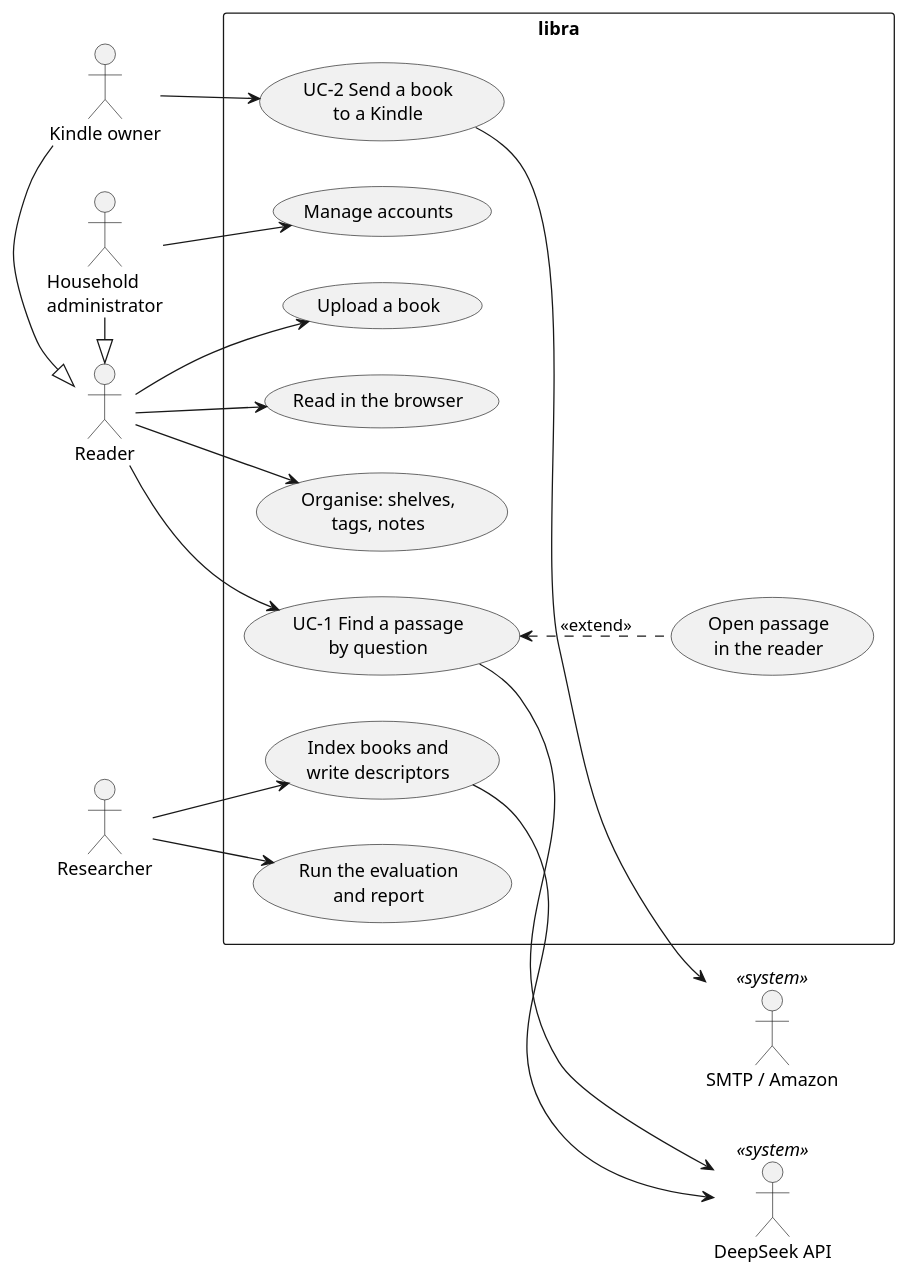
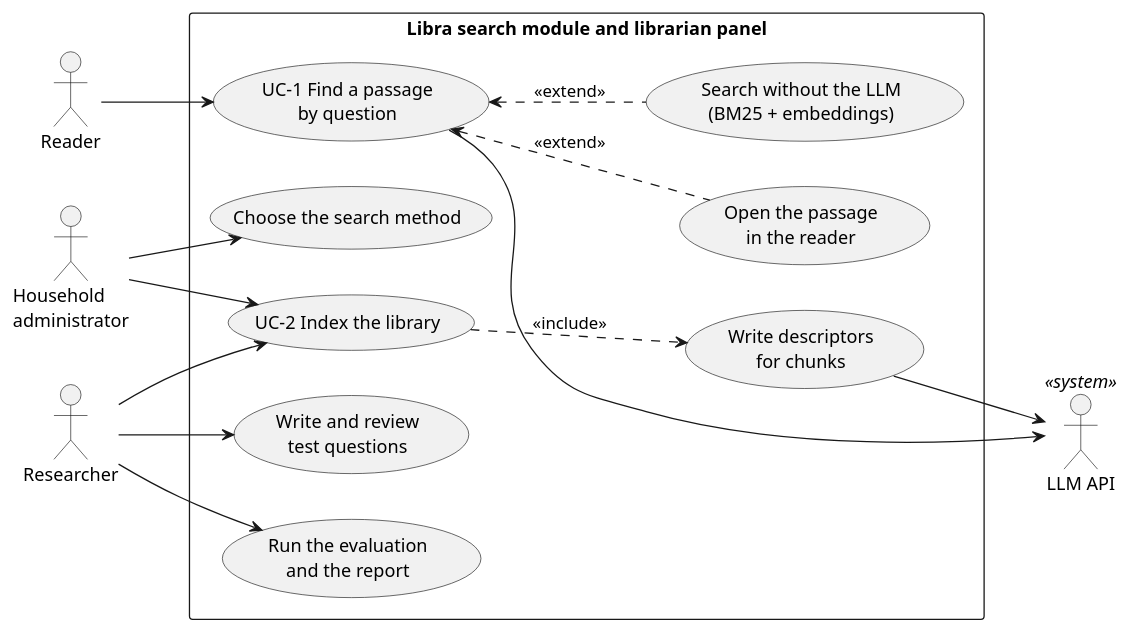
The diagram in docs/ba/diagrams/use-cases.puml (eugene-chekan/libra), drawn with PlantUML before and after one commit. The commit also changed 4 other files, not shown here.

```diff
--- a/docs/ba/diagrams/use-cases.puml
+++ b/docs/ba/diagrams/use-cases.puml
@@ -1,41 +1,34 @@
 @startuml use-cases
-' Use case diagram. Save the render as use-cases.png here.
+' Use case diagram of the new search module. Save the render as use-cases.png here.
 left to right direction
 skinparam shadowing false
 skinparam defaultFontName Arial
 
 actor Reader
-actor "Kindle owner" as Kindle
 actor "Household\nadministrator" as Admin
 actor Researcher
-actor "DeepSeek API" as DS <<system>>
-actor "SMTP / Amazon" as Mail <<system>>
+actor "LLM API" as LLM <<system>>
 
-Kindle -|> Reader
-Admin -|> Reader
-
-rectangle libra {
+rectangle "Libra search module and librarian panel" {
   usecase "UC-1 Find a passage\nby question" as UC1
-  usecase "Open passage\nin the reader" as Open
-  usecase "Upload a book" as Upload
-  usecase "Read in the browser" as Read
-  usecase "Organise: shelves,\ntags, notes" as Org
-  usecase "UC-2 Send a book\nto a Kindle" as UC2
-  usecase "Manage accounts" as Users
-  usecase "Index books and\nwrite descriptors" as Index
-  usecase "Run the evaluation\nand report" as Eval
+  usecase "Open the passage\nin the reader" as Open
+  usecase "Search without the LLM\n(BM25 + embeddings)" as Fallback
+  usecase "UC-2 Index the library" as UC2
+  usecase "Write descriptors\nfor chunks" as Describe
+  usecase "Choose the search method" as Method
+  usecase "Write and review\ntest questions" as Questions
+  usecase "Run the evaluation\nand the report" as Eval
 }
 
 Reader --> UC1
-Reader --> Upload
-Reader --> Read
-Reader --> Org
-Kindle --> UC2
-Admin --> Users
-Researcher --> Index
+UC1 <.. Open : <<extend>>
+UC1 <.. Fallback : <<extend>>
+Admin --> UC2
+Admin --> Method
+UC2 ..> Describe : <<include>>
+Researcher --> UC2
+Researcher --> Questions
 Researcher --> Eval
-UC1 <.. Open : <<extend>>
-UC1 --> DS
-Index --> DS
-UC2 --> Mail
+UC1 --> LLM
+Describe --> LLM
 @enduml
```
